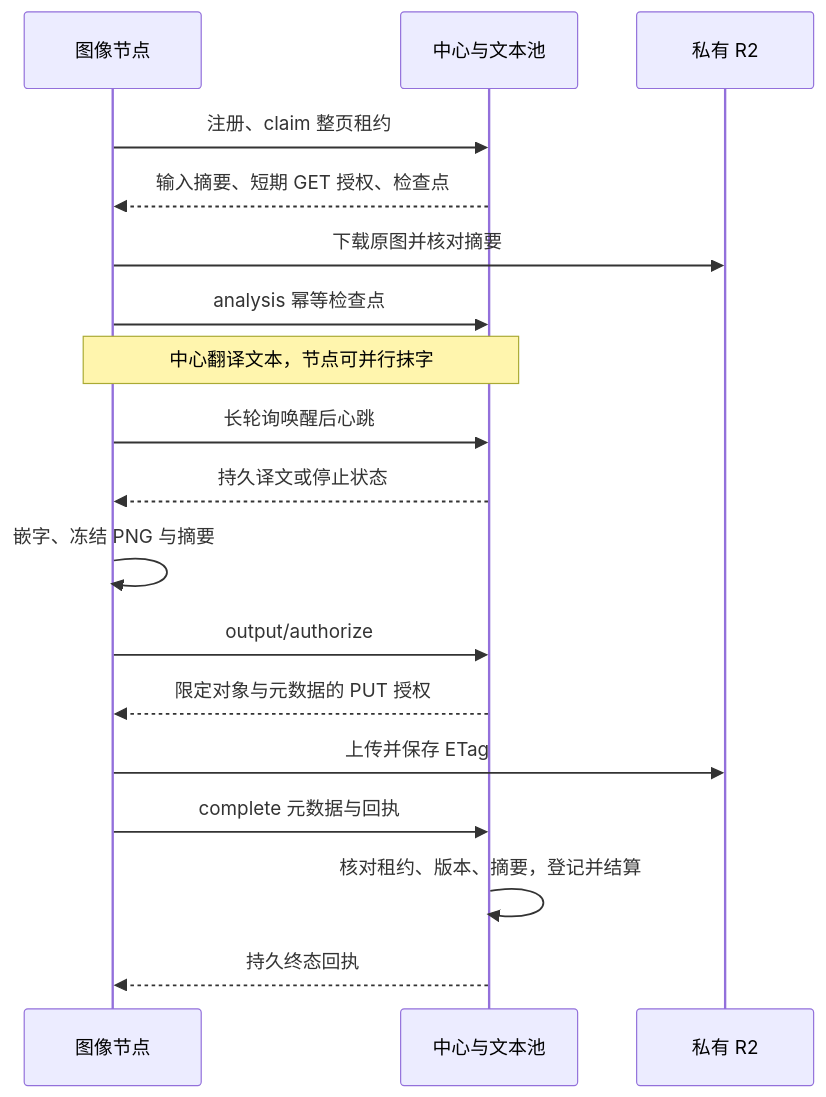
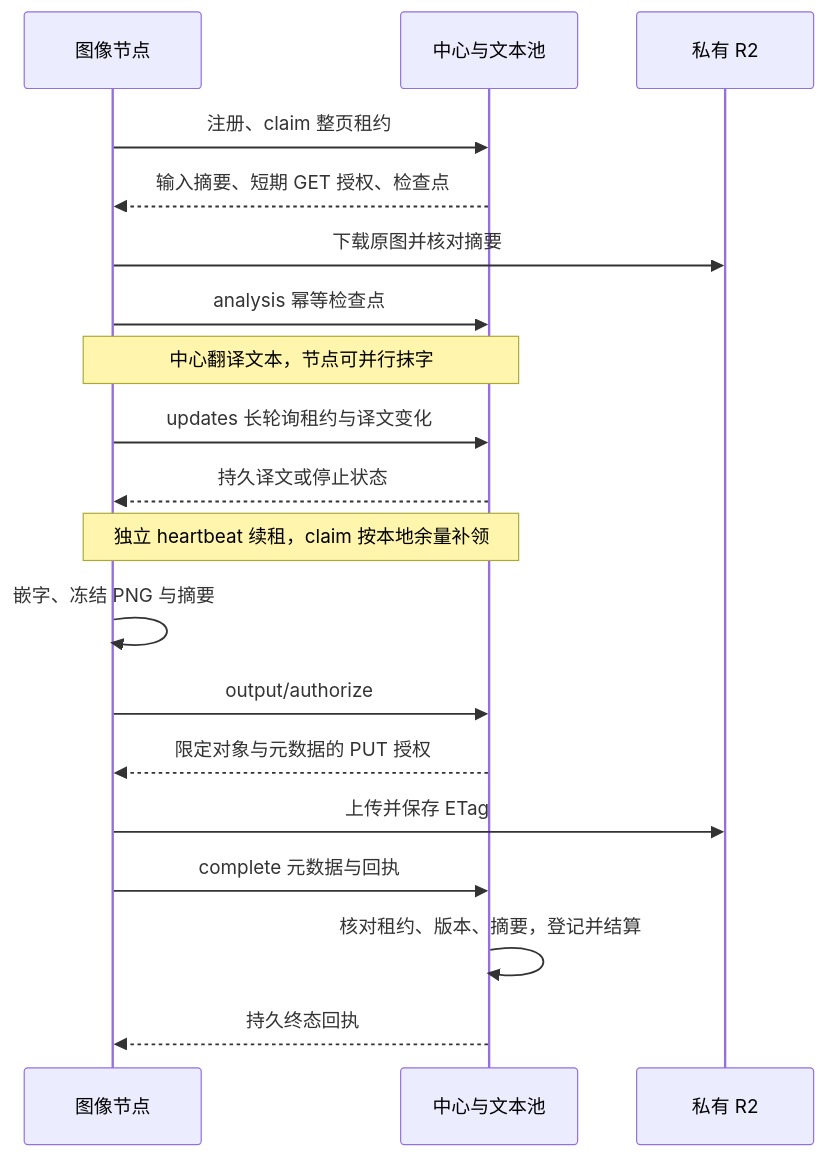
Before and after one commit to Wy2926/node-comics: the diagram in docs/COMPUTE_PROTOCOL.md, drawn with Mermaid. The commit also changed other lines of this file and 21 other files, not shown here.

````diff
--- a/docs/COMPUTE_PROTOCOL.md
+++ b/docs/COMPUTE_PROTOCOL.md
@@ -11,20 +11,21 @@
 ```mermaid
 sequenceDiagram
     participant N as 图像节点
     participant C as 中心与文本池
     participant S as 私有 R2
     N->>C: 注册、claim 整页租约
     C-->>N: 输入摘要、短期 GET 授权、检查点
     N->>S: 下载原图并核对摘要
     N->>C: analysis 幂等检查点
     Note over N,C: 中心翻译文本，节点可并行抹字
-    N->>C: 长轮询唤醒后心跳
+    N->>C: updates 长轮询租约与译文变化
     C-->>N: 持久译文或停止状态
+    Note over N,C: 独立 heartbeat 续租，claim 按本地余量补领
     N->>N: 嵌字、冻结 PNG 与摘要
     N->>C: output/authorize
     C-->>N: 限定对象与元数据的 PUT 授权
     N->>S: 上传并保存 ETag
     N->>C: complete 元数据与回执
     C->>C: 核对租约、版本、摘要，登记并结算
     C-->>N: 持久终态回执
 ```
````
